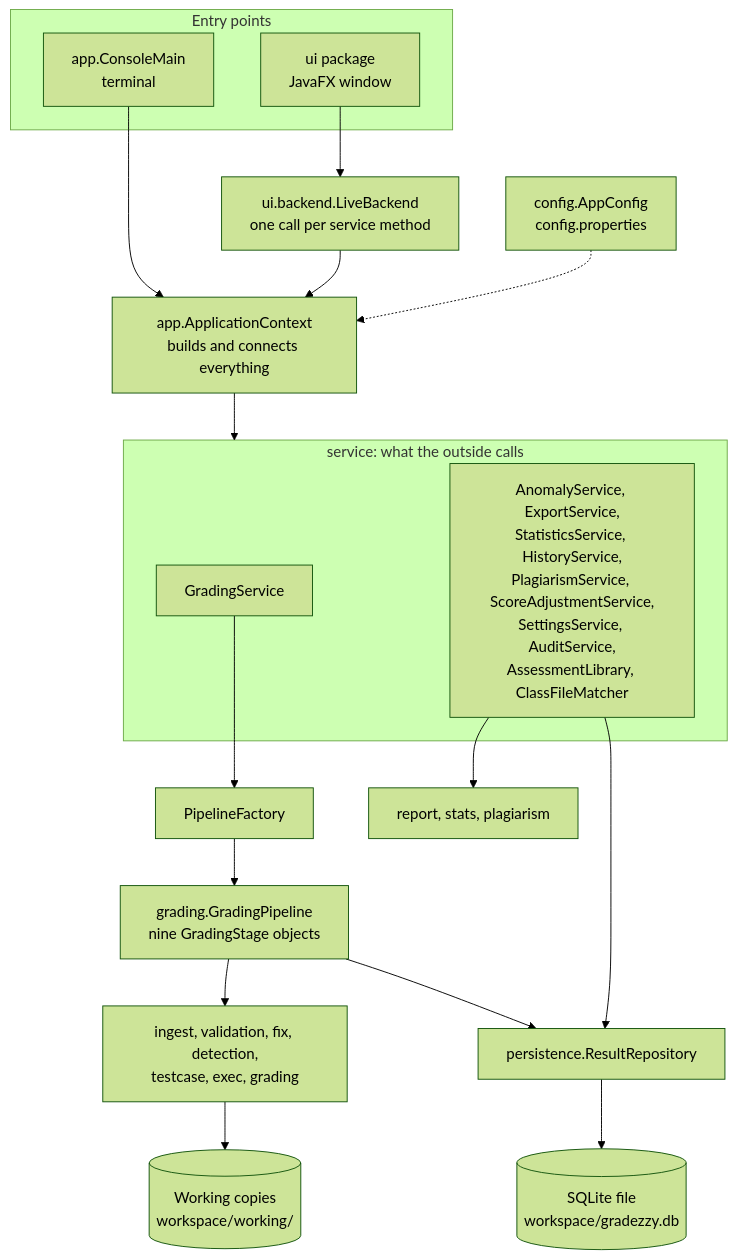
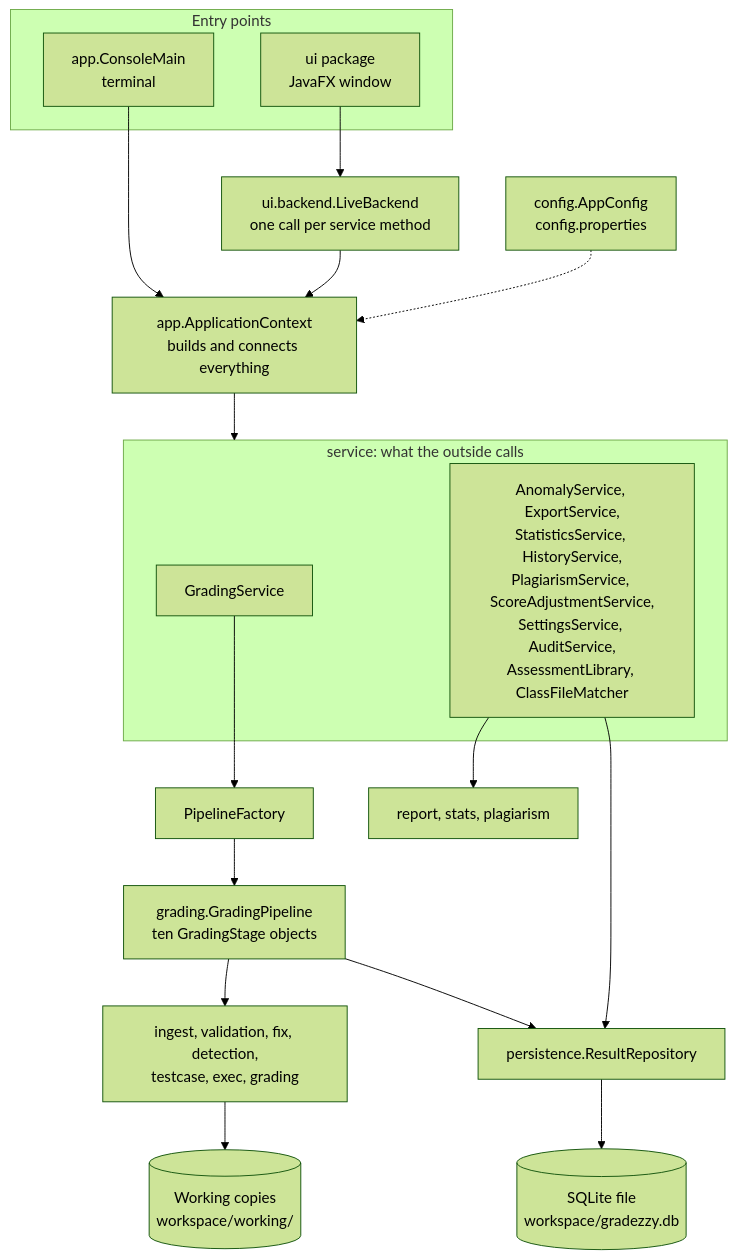
The first of 8 diagrams in README.md (damienlaww/GradeZZY), drawn with Mermaid (forest theme) before and after one commit. The commit also changed other lines of this file and 34 other files, not shown here.

````diff
--- a/README.md
+++ b/README.md
@@ -92,24 +98,24 @@
 ```mermaid
 flowchart TD
     subgraph Entry["Entry points"]
         CM["app.ConsoleMain<br/>terminal"]
         UI["ui package<br/>JavaFX window"]
     end
     UI --> DB["ui.backend.LiveBackend<br/>one call per service method"]
     CM --> AC
     DB --> AC["app.ApplicationContext<br/>builds and connects everything"]
     AC --> SVC
     subgraph SVC["service: what the outside calls"]
         GS["GradingService"]
         OS["AnomalyService, ExportService,<br/>StatisticsService, HistoryService,<br/>PlagiarismService, ScoreAdjustmentService,<br/>SettingsService, AuditService,<br/>AssessmentLibrary, ClassFileMatcher"]
     end
     GS --> PF["PipelineFactory"]
-    PF --> GP["grading.GradingPipeline<br/>nine GradingStage objects"]
+    PF --> GP["grading.GradingPipeline<br/>ten GradingStage objects"]
     GP --> ST["ingest, validation, fix, detection,<br/>testcase, exec, grading"]
     OS --> RP["report, stats, plagiarism"]
     GP --> PS["persistence.ResultRepository"]
     OS --> PS
     PS --> SQL[("SQLite file<br/>workspace/gradezzy.db")]
     ST --> WC[("Working copies<br/>workspace/working/")]
     CFG["config.AppConfig<br/>config.properties"] -.-> AC
 ```
````
